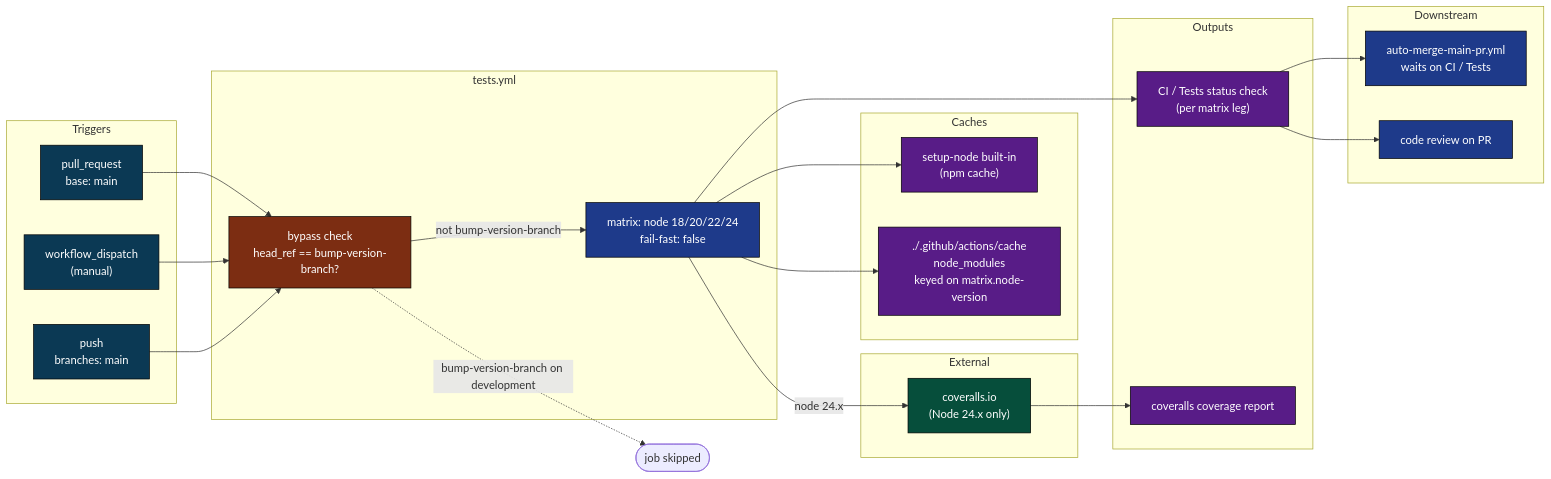
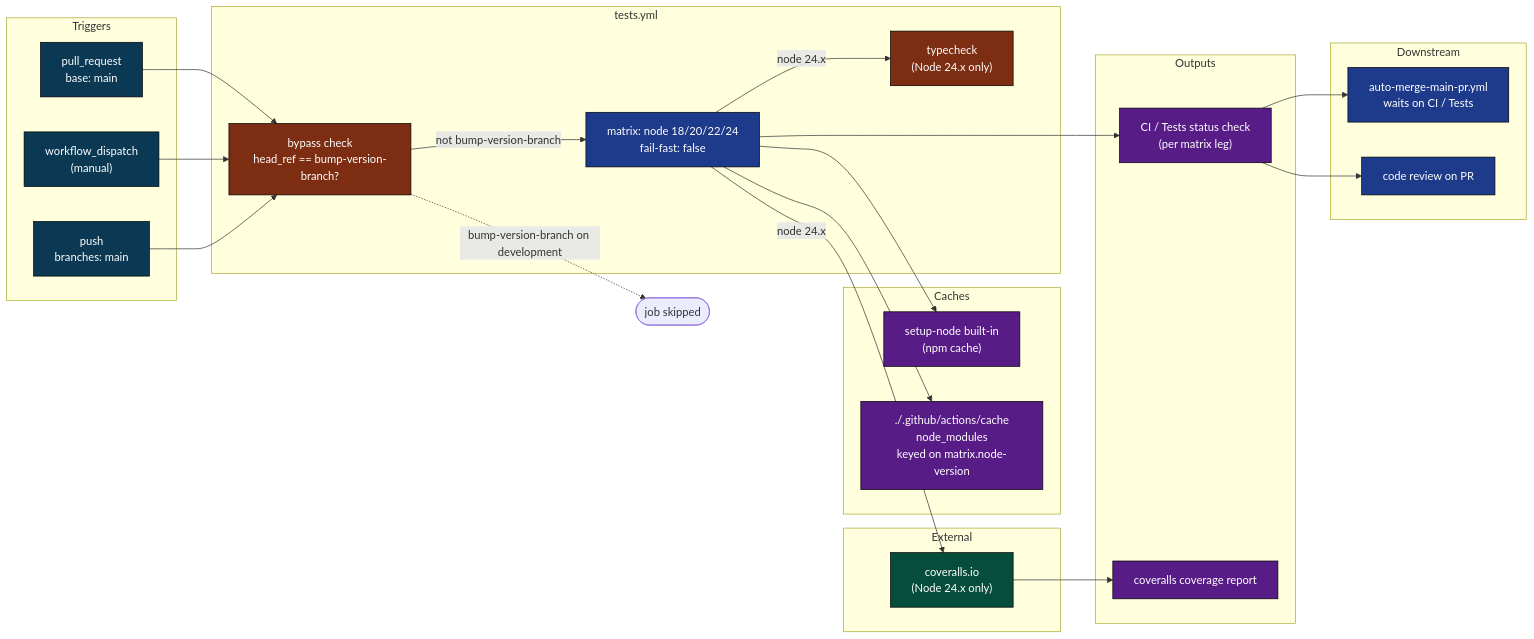
Before and after one commit to llm-exe/llm-exe: the first of 9 diagrams in .github/docs/TESTS_DEEP_DIVE.md, drawn with Mermaid. The commit also changed other lines of this file and 4 other files, not shown here.

````diff
--- a/.github/docs/TESTS_DEEP_DIVE.md
+++ b/.github/docs/TESTS_DEEP_DIVE.md
@@ -25,51 +25,53 @@
 ```mermaid
 flowchart LR
     classDef trig fill:#0b3954,color:#fff,stroke:#000
     classDef gate fill:#7c2d12,color:#fff,stroke:#000
     classDef job fill:#1e3a8a,color:#fff,stroke:#000
     classDef ext fill:#064e3b,color:#fff,stroke:#000
     classDef out fill:#581c87,color:#fff,stroke:#000
 
     subgraph T["Triggers"]
         t1["pull_request\nbase: main"]:::trig
         t2["workflow_dispatch\n(manual)"]:::trig
         t3["push\nbranches: main"]:::trig
     end
 
     subgraph A["tests.yml"]
         BY["bypass check\nhead_ref == bump-version-branch?"]:::gate
         M["matrix: node 18/20/22/24\nfail-fast: false"]:::job
+        TC["typecheck\n(Node 24.x only)"]:::gate
     end
 
     subgraph C["Caches"]
         c1["setup-node built-in\n(npm cache)"]:::out
         c2["./.github/actions/cache\nnode_modules\nkeyed on matrix.node-version"]:::out
     end
 
     subgraph X["External"]
         cov["coveralls.io\n(Node 24.x only)"]:::ext
     end
 
     subgraph O["Outputs"]
         sc["CI / Tests status check\n(per matrix leg)"]:::out
         rep["coveralls coverage report"]:::out
     end
 
     subgraph D["Downstream"]
         am["auto-merge-main-pr.yml\nwaits on CI / Tests"]:::job
         rev["code review on PR"]:::job
     end
 
     t1 --> BY
     t2 --> BY
     t3 --> BY
     BY -->|not bump-version-branch| M
     BY -.->|bump-version-branch on development| skip(["job skipped"])
     M --> c1
     M --> c2
     M --> sc
+    M -->|node 24.x| TC
     M -->|node 24.x| cov
     cov --> rep
     sc --> am
     sc --> rev
 ```
````
